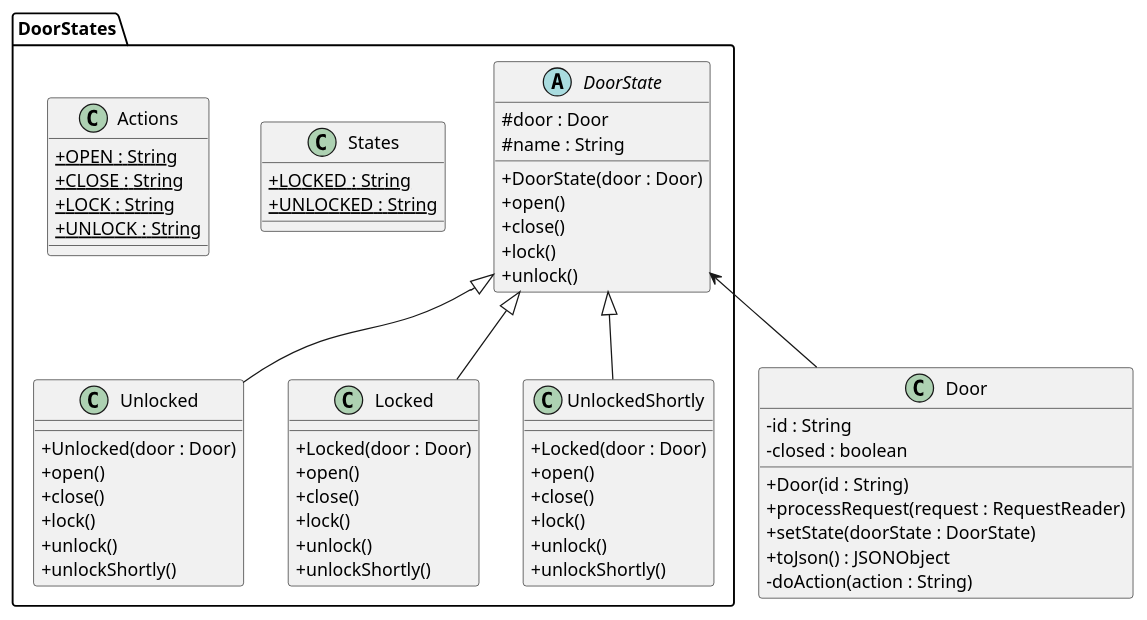
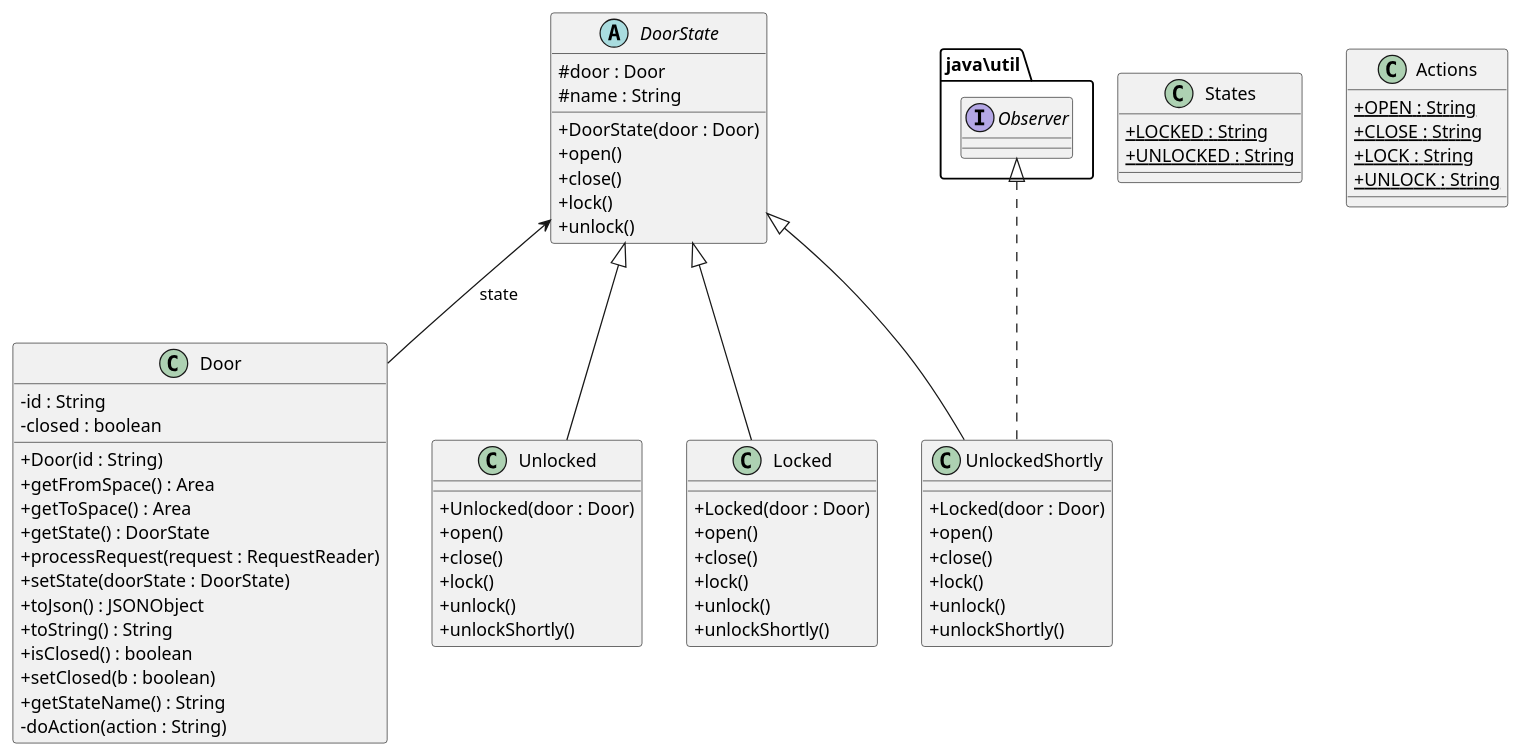
The diagram in src/baseNoStates/uml/doorState.puml (alexuab69/PracticaDS), drawn with PlantUML before and after one commit. The commit also changed 12 other files, not shown here.

Commit message:
Comments + allUml and packages uml's + unused functions and imports

```diff
--- a/src/baseNoStates/uml/doorState.puml
+++ b/src/baseNoStates/uml/doorState.puml
@@ -1,77 +1,77 @@
 @startuml
 'https://plantuml.com/sequence-diagram
 skinparam classAttributeIconSize 0
-
 
 class Door {
     - id : String
     - closed : boolean
     + Door(id : String)
+    + getFromSpace() : Area
+    + getToSpace() : Area
+    + getState() : DoorState
     + processRequest(request : RequestReader)
     + setState(doorState : DoorState)
     + toJson() : JSONObject
-    '+ toString() : String
-    '+ isClosed() :boolean
-    '+ setClosed(b : boolean)
-    '+ getStateName() : String
+    + toString() : String
+    + isClosed() : boolean
+    + setClosed(b : boolean)
+    + getStateName() : String
     - doAction(action : String)
 }
 
-package "DoorStates" {
-    abstract class DoorState {
-        # door : Door
-        # name : String
-        + DoorState(door : Door)
-        + open()
-        + close()
-        + lock()
-        + unlock()
-    }
-
-    class States {
-        + {static} LOCKED : String
-        + {static} UNLOCKED : String
-    }
-
-    class Actions {
-        + {static} OPEN : String
-        + {static} CLOSE : String
-        + {static} LOCK : String
-        + {static} UNLOCK : String
-    }
-
-    class Unlocked {
-        + Unlocked(door : Door)
-        + open()
-        + close()
-        + lock()
-        + unlock()
-        + unlockShortly()
-    }
-
-    class Locked {
-        + Locked(door : Door)
-        + open()
-        + close()
-        + lock()
-        + unlock()
-        + unlockShortly()
-    }
-
-    class UnlockedShortly {
-        + Locked(door : Door)
-        + open()
-        + close()
-        + lock()
-        + unlock()
-        + unlockShortly()
-    }
-
-    DoorState <|-- Unlocked
-    DoorState <|-- UnlockedShortly
-    DoorState <|-- Locked
+abstract class DoorState {
+    # door : Door
+    # name : String
+    + DoorState(door : Door)
+    + open()
+    + close()
+    + lock()
+    + unlock()
 }
 
-DoorState <-- Door
+class States {
+    + {static} LOCKED : String
+    + {static} UNLOCKED : String
+}
+
+class Actions {
+    + {static} OPEN : String
+    + {static} CLOSE : String
+    + {static} LOCK : String
+    + {static} UNLOCK : String
+}
+
+class Unlocked {
+    + Unlocked(door : Door)
+    + open()
+    + close()
+    + lock()
+    + unlock()
+    + unlockShortly()
+}
+
+class Locked {
+    + Locked(door : Door)
+    + open()
+    + close()
+    + lock()
+    + unlock()
+    + unlockShortly()
+}
+
+class UnlockedShortly implements java\util.Observer {
+    + Locked(door : Door)
+    + open()
+    + close()
+    + lock()
+    + unlock()
+    + unlockShortly()
+}
+
+DoorState <|-- Unlocked
+DoorState <|-- UnlockedShortly
+DoorState <|-- Locked
+
+DoorState <-- Door : state
 
 @enduml
```
